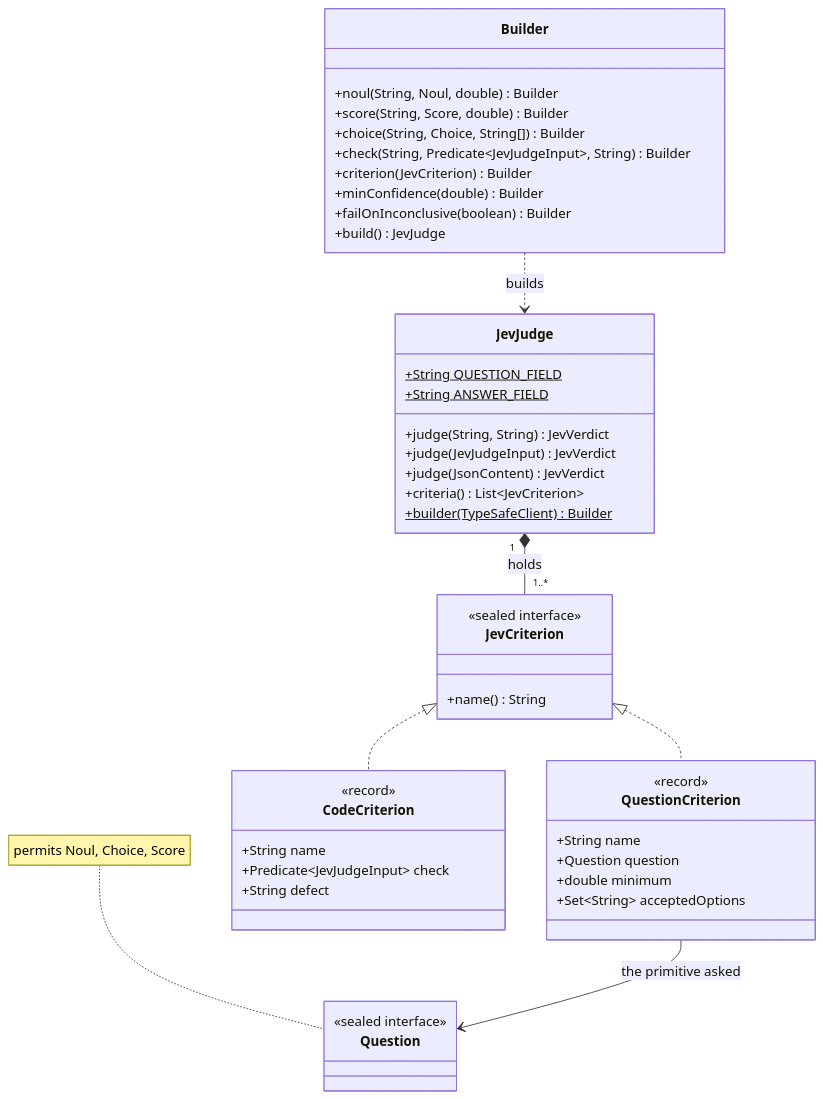
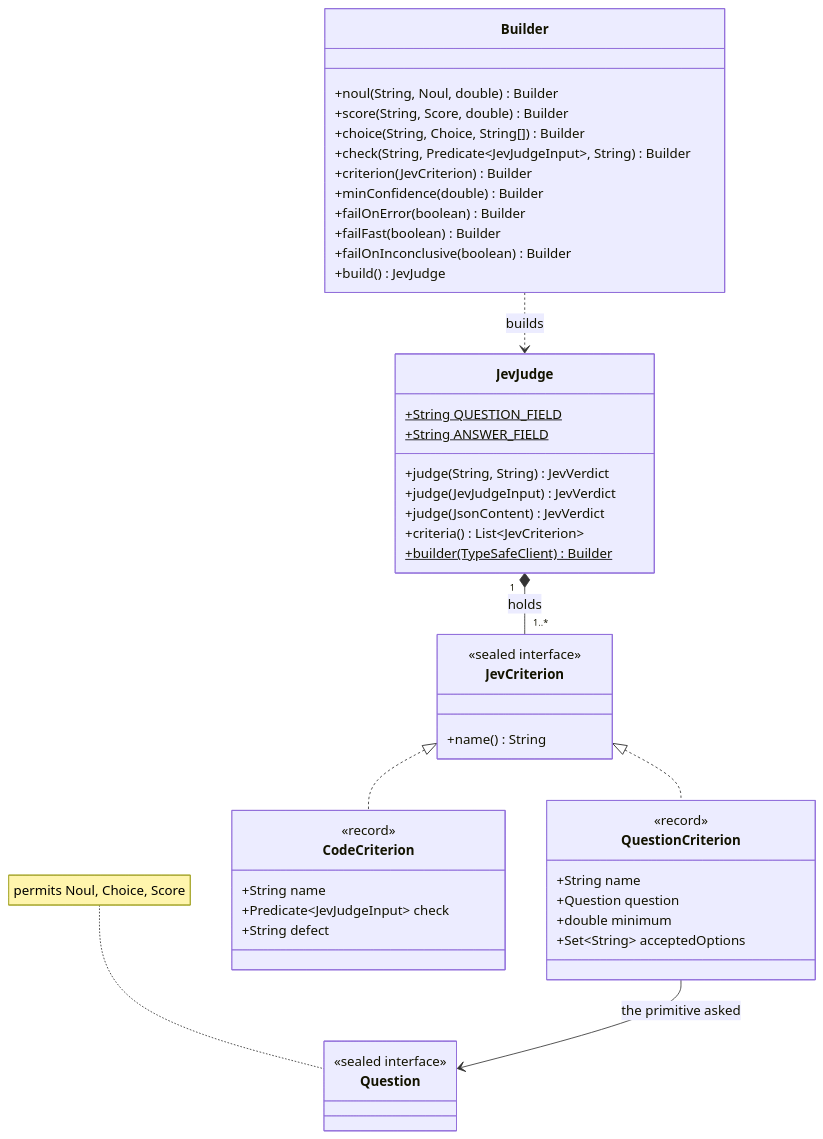
One commit to spring-ai-community/spring-ai-typesafe changed the first of 3 diagrams in docs/judge/JevJudge.md. Above: the diagram before and after it, drawn with Mermaid. The commit also changed other lines of this file and 12 other files, not shown here.

````diff
--- a/docs/judge/JevJudge.md
+++ b/docs/judge/JevJudge.md
@@ -28,57 +28,59 @@
 ```mermaid
 classDiagram
     direction TB
 
     class Builder {
         +noul(String, Noul, double) Builder
         +score(String, Score, double) Builder
         +choice(String, Choice, String[]) Builder
         +check(String, Predicate~JevJudgeInput~, String) Builder
         +criterion(JevCriterion) Builder
         +minConfidence(double) Builder
+        +failOnError(boolean) Builder
+        +failFast(boolean) Builder
         +failOnInconclusive(boolean) Builder
         +build() JevJudge
     }
 
     class JevJudge {
         +String QUESTION_FIELD$
         +String ANSWER_FIELD$
         +judge(String, String) JevVerdict
         +judge(JevJudgeInput) JevVerdict
         +judge(JsonContent) JevVerdict
         +criteria() List~JevCriterion~
         +builder(TypeSafeClient)$ Builder
     }
 
     class JevCriterion {
         <<sealed interface>>
         +name() String
     }
 
     class QuestionCriterion {
         <<record>>
         +String name
         +Question question
         +double minimum
         +Set~String~ acceptedOptions
     }
 
     class CodeCriterion {
         <<record>>
         +String name
         +Predicate~JevJudgeInput~ check
         +String defect
     }
 
     class Question {
         <<sealed interface>>
     }
 
     Builder ..> JevJudge : builds
     JevJudge "1" *-- "1..*" JevCriterion : holds
     JevCriterion <|.. QuestionCriterion
     JevCriterion <|.. CodeCriterion
     QuestionCriterion --> Question : the primitive asked
 
     note for Question "permits Noul, Choice, Score"
 ```
````
